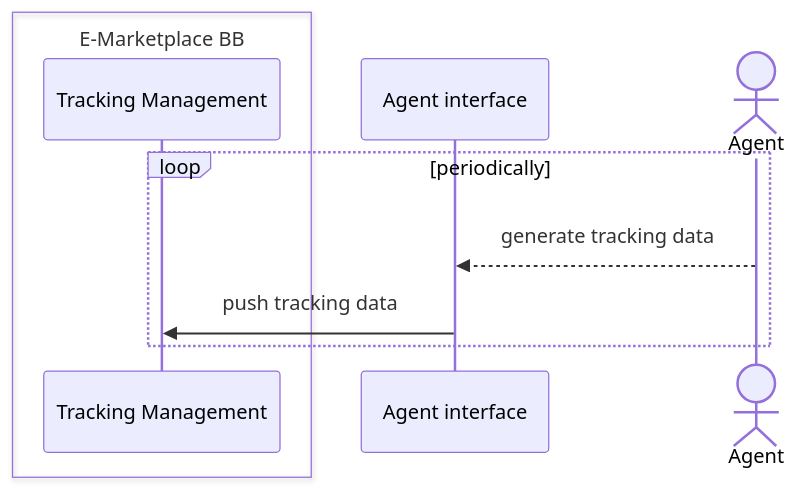
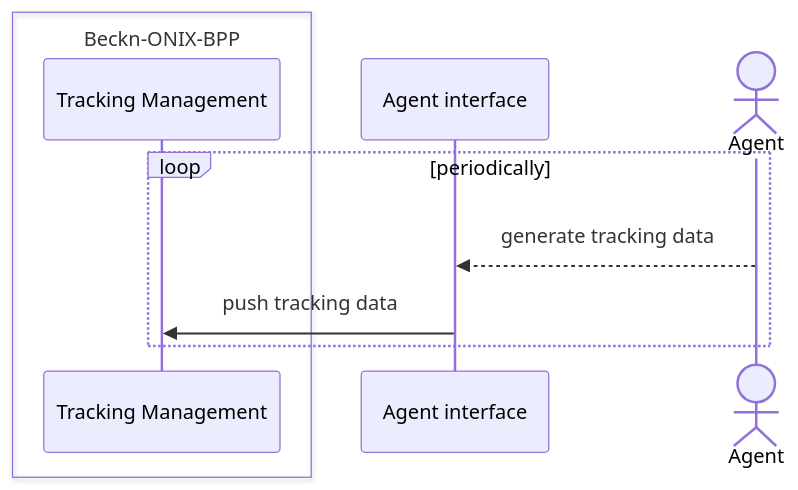
Before and after one commit to rajaneeshk90/gitbook-exp: the ninth of 17 diagrams in README.md, drawn with Mermaid. The commit also changed other lines of this file, not shown here.

Commit message:
GITBOOK-7: Updated sequence diagram for all APIs

````diff
--- a/README.md
+++ b/README.md
@@ -247,12 +271,12 @@
 ```mermaid
 sequenceDiagram
-    box E-Marketplace BB
+    box Beckn-ONIX-BPP
     participant Tracking Management
     end
     participant Agent interface
     Actor Agent
     loop periodically
         Agent-->>Agent interface: generate tracking data
         Agent interface->>Tracking Management: push tracking data
     end
 ```
````
